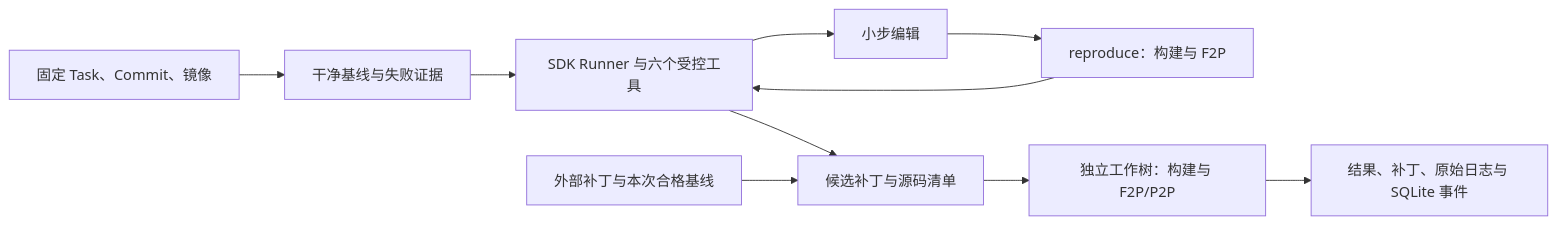
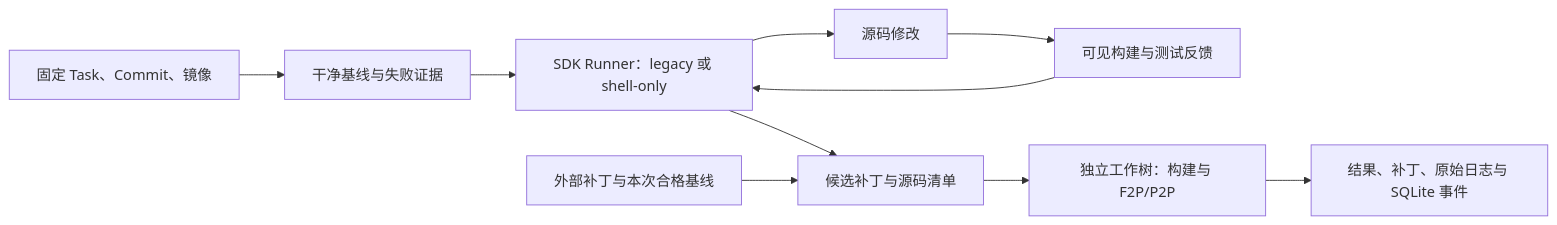
One commit to lilong555/ReproPatch changed the diagram in README.md. Above: the diagram before and after it, drawn with Mermaid. The commit also changed other lines of this file and 7 other files, not shown here.

````diff
--- a/README.md
+++ b/README.md
@@ -10,12 +10,12 @@
 ```mermaid
 flowchart LR
   T[固定 Task、Commit、镜像] --> B[干净基线与失败证据]
-  B --> A[SDK Runner 与六个受控工具]
-  A --> E[小步编辑]
-  E --> R[reproduce：构建与 F2P]
+  B --> A[SDK Runner：legacy 或 shell-only]
+  A --> E[源码修改]
+  E --> R[可见构建与测试反馈]
   R --> A
   A --> P[候选补丁与源码清单]
   X[外部补丁与本次合格基线] --> P
   P --> V[独立工作树：构建与 F2P/P2P]
   V --> O[结果、补丁、原始日志与 SQLite 事件]
 ```
````
